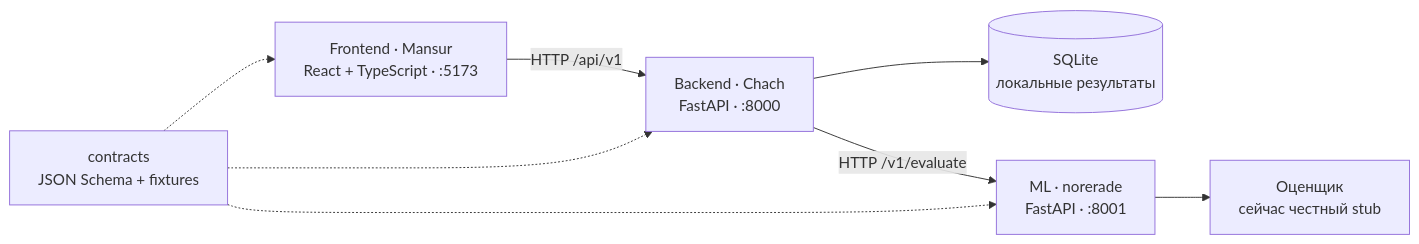
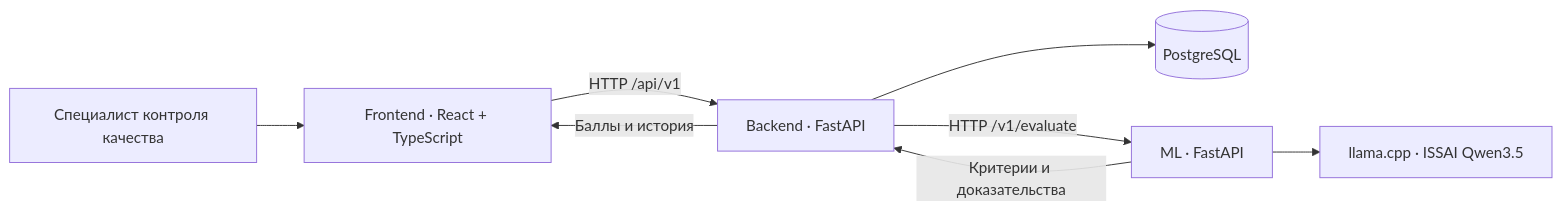
One commit to ChachDev/EVA changed the diagram in README.md. Above: the diagram before and after it, drawn with Mermaid. The commit also changed other lines of this file, not shown here.

````diff
--- a/README.md
+++ b/README.md
@@ -21,10 +181,10 @@
 ```mermaid
 flowchart LR
-    UI[Frontend · Mansur<br/>React + TypeScript · :5173] -->|HTTP /api/v1| API[Backend · Chach<br/>FastAPI · :8000]
-    API --> DB[(SQLite<br/>локальные результаты)]
-    API -->|HTTP /v1/evaluate| ML[ML · norerade<br/>FastAPI · :8001]
-    ML --> ENGINE[Оценщик<br/>сейчас честный stub]
-    C[contracts<br/>JSON Schema + fixtures] -.-> UI
-    C -.-> API
-    C -.-> ML
+    User[Специалист контроля качества] --> UI[Frontend · React + TypeScript]
+    UI -->|HTTP /api/v1| API[Backend · FastAPI]
+    API --> DB[(PostgreSQL)]
+    API -->|HTTP /v1/evaluate| ML[ML · FastAPI]
+    ML --> Engine[llama.cpp · ISSAI Qwen3.5]
+    ML -->|Критерии и доказательства| API
+    API -->|Баллы и история| UI
 ```
````
